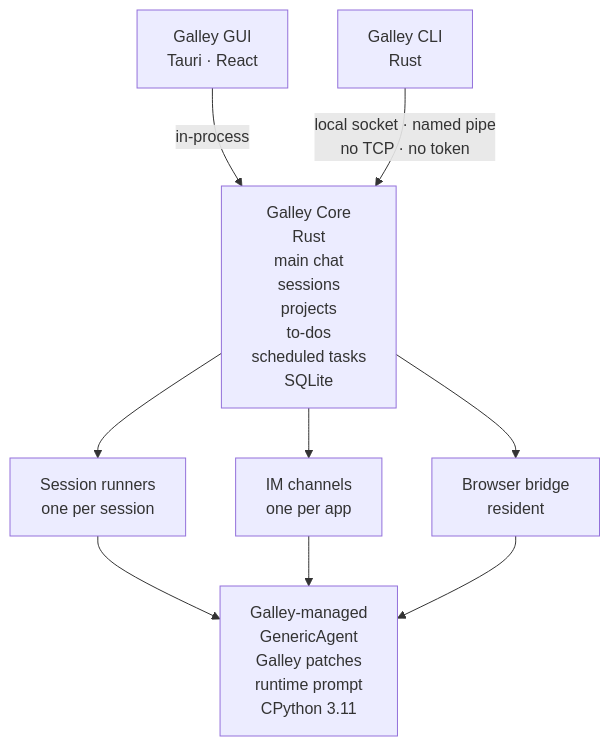
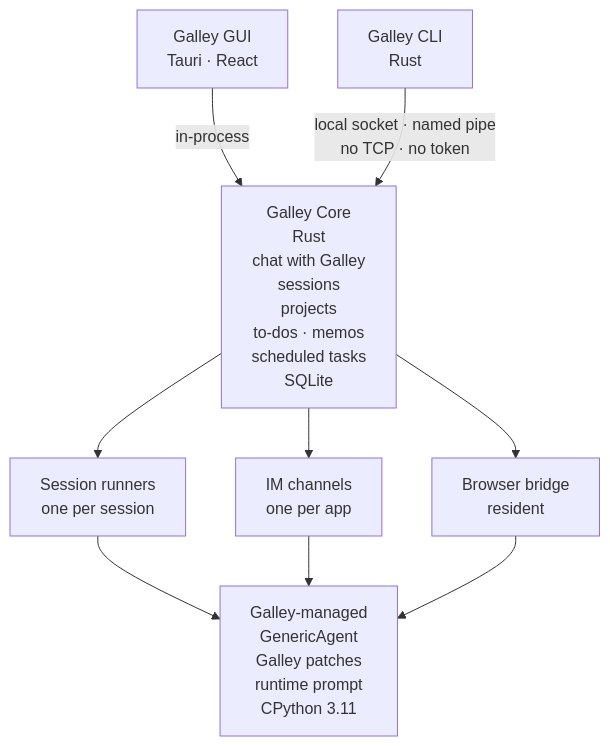
Before and after one commit to wangjc683/galley: the diagram in README.md, drawn with Mermaid. The commit also changed other lines of this file and 1 other file, not shown here.

First line of the commit message:
README: memos, and the main chat is called Galley (draft)

````diff
--- a/README.md
+++ b/README.md
@@ -190,10 +191,10 @@
 ```mermaid
 flowchart TB
   GUI["Galley GUI<br/>Tauri · React"] -- in-process --> Core
   CLI["Galley CLI<br/>Rust"] -- "local socket · named pipe<br/>no TCP · no token" --> Core
-  Core["Galley Core<br/>Rust<br/>main chat<br/>sessions<br/>projects<br/>to-dos<br/>scheduled tasks<br/>SQLite"]
+  Core["Galley Core<br/>Rust<br/>chat with Galley<br/>sessions<br/>projects<br/>to-dos · memos<br/>scheduled tasks<br/>SQLite"]
   Core --> R["Session runners<br/>one per session"]
   Core --> IM["IM channels<br/>one per app"]
   Core --> BB["Browser bridge<br/>resident"]
   R & IM & BB --> GA["Galley-managed<br/>GenericAgent<br/>Galley patches<br/>runtime prompt<br/>CPython 3.11"]
 ```
````
